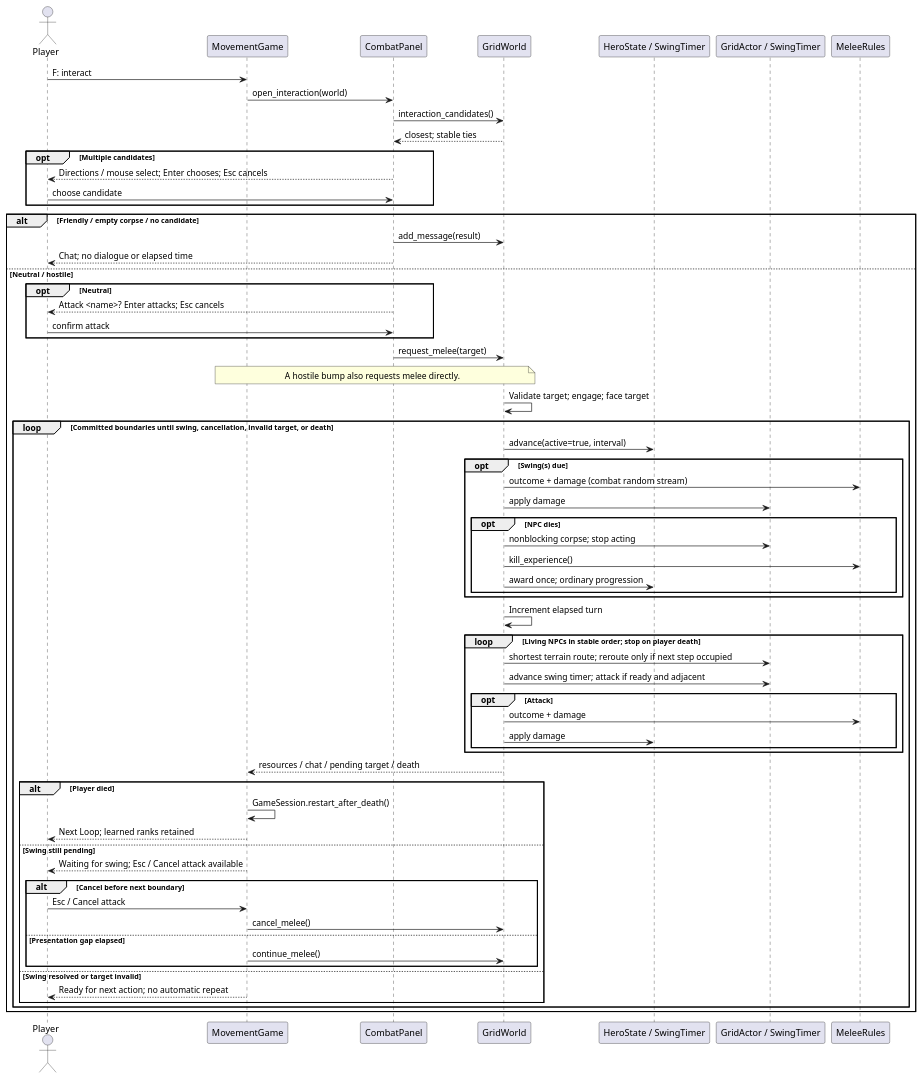
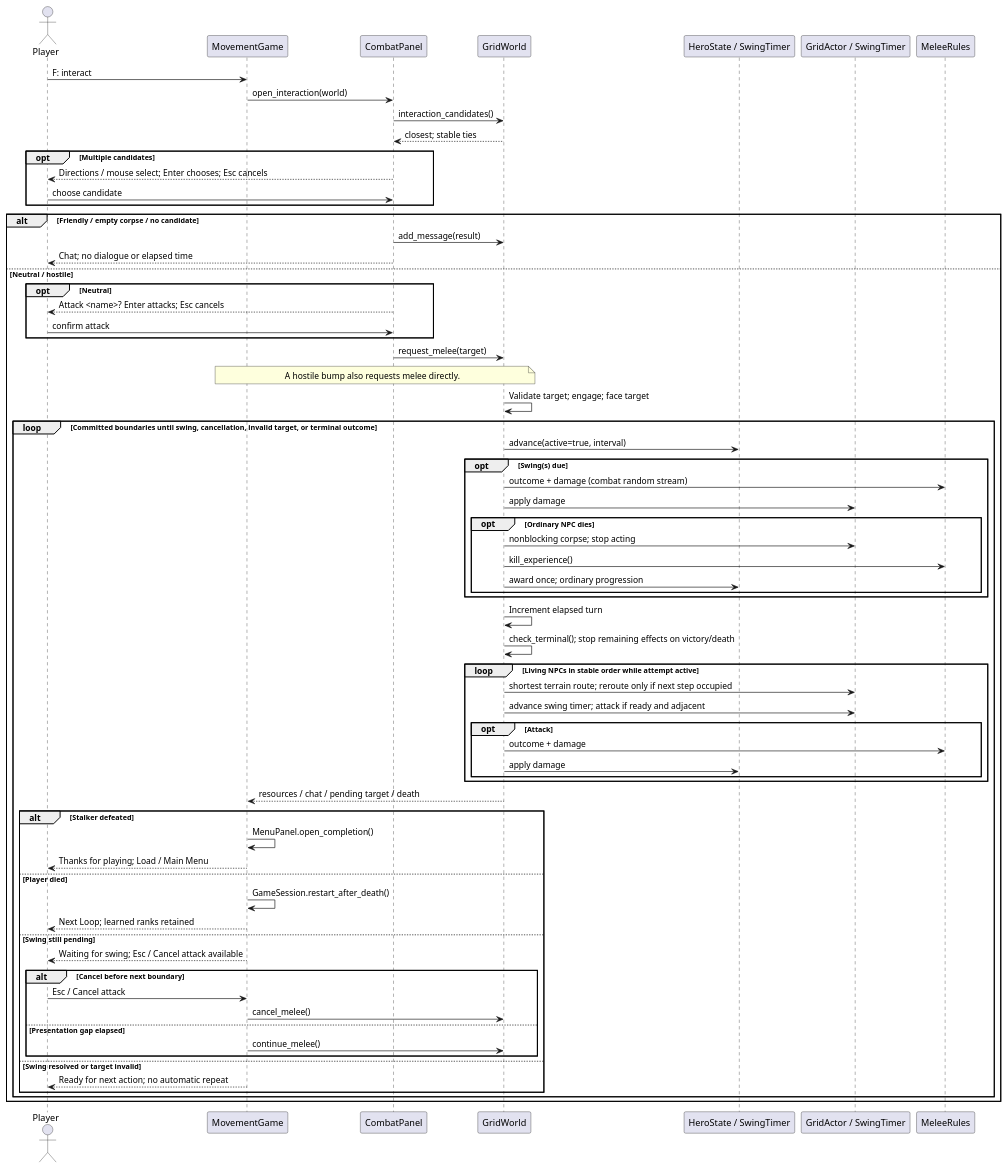
One commit to VHonzik/Ostinato changed the diagram in docs/architecture/sequences/combat_turn.puml. Above: the diagram before and after it, drawn with PlantUML. The commit also changed 25 other files, not shown here.

First line of the commit message:
M8-A: Stalker victory and terminal effect ordering (#18)

```diff
--- a/docs/architecture/sequences/combat_turn.puml
+++ b/docs/architecture/sequences/combat_turn.puml
@@ -1,68 +1,72 @@
 @startuml
 !pragma layout smetana
 skinparam shadowing false
 actor Player
 participant MovementGame as Game
 participant CombatPanel as Panel
 participant GridWorld as World
 participant "HeroState / SwingTimer" as Hero
 participant "GridActor / SwingTimer" as NPC
 participant MeleeRules as Rules
 
 Player -> Game : F: interact
 Game -> Panel : open_interaction(world)
 Panel -> World : interaction_candidates()
 World --> Panel : closest; stable ties
 opt Multiple candidates
   Panel --> Player : Directions / mouse select; Enter chooses; Esc cancels
   Player -> Panel : choose candidate
 end
 alt Friendly / empty corpse / no candidate
   Panel -> World : add_message(result)
   Panel --> Player : Chat; no dialogue or elapsed time
 else Neutral / hostile
   opt Neutral
     Panel --> Player : Attack <name>? Enter attacks; Esc cancels
     Player -> Panel : confirm attack
   end
   Panel -> World : request_melee(target)
   note over Game, World : A hostile bump also requests melee directly.
   World -> World : Validate target; engage; face target
-  loop Committed boundaries until swing, cancellation, invalid target, or death
+  loop Committed boundaries until swing, cancellation, invalid target, or terminal outcome
     World -> Hero : advance(active=true, interval)
     opt Swing(s) due
       World -> Rules : outcome + damage (combat random stream)
       World -> NPC : apply damage
-      opt NPC dies
+      opt Ordinary NPC dies
         World -> NPC : nonblocking corpse; stop acting
         World -> Rules : kill_experience()
         World -> Hero : award once; ordinary progression
       end
     end
     World -> World : Increment elapsed turn
-    loop Living NPCs in stable order; stop on player death
+    World -> World : check_terminal(); stop remaining effects on victory/death
+    loop Living NPCs in stable order while attempt active
       World -> NPC : shortest terrain route; reroute only if next step occupied
       World -> NPC : advance swing timer; attack if ready and adjacent
       opt Attack
         World -> Rules : outcome + damage
         World -> Hero : apply damage
       end
     end
     World --> Game : resources / chat / pending target / death
-    alt Player died
+    alt Stalker defeated
+      Game -> Game : MenuPanel.open_completion()
+      Game --> Player : Thanks for playing; Load / Main Menu
+    else Player died
       Game -> Game : GameSession.restart_after_death()
       Game --> Player : Next Loop; learned ranks retained
     else Swing still pending
       Game --> Player : Waiting for swing; Esc / Cancel attack available
       alt Cancel before next boundary
         Player -> Game : Esc / Cancel attack
         Game -> World : cancel_melee()
       else Presentation gap elapsed
         Game -> World : continue_melee()
       end
     else Swing resolved or target invalid
       Game --> Player : Ready for next action; no automatic repeat
     end
   end
 end
 @enduml
```
